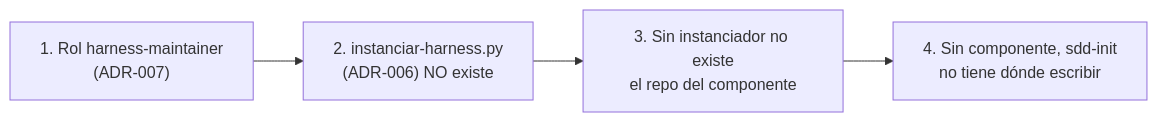
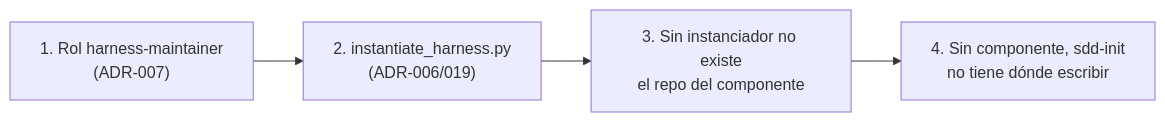
Before and after one commit to juanmorenomotta/ai-harness-architecture: the diagram in docs/pendientes.md, drawn with Mermaid. The commit also changed other lines of this file and 7 other files, not shown here.

````diff
--- a/docs/pendientes.md
+++ b/docs/pendientes.md
@@ -43,7 +43,7 @@
 ```mermaid
 flowchart LR
   A["1. Rol harness-maintainer<br/>(ADR-007)"] --> B
-  B["2. instanciar-harness.py<br/>(ADR-006) NO existe"] --> C
+  B["2. instantiate_harness.py<br/>(ADR-006/019)"] --> C
   C["3. Sin instanciador no existe<br/>el repo del componente"] --> D
   D["4. Sin componente, sdd-init<br/>no tiene dónde escribir"]
 ```
````
